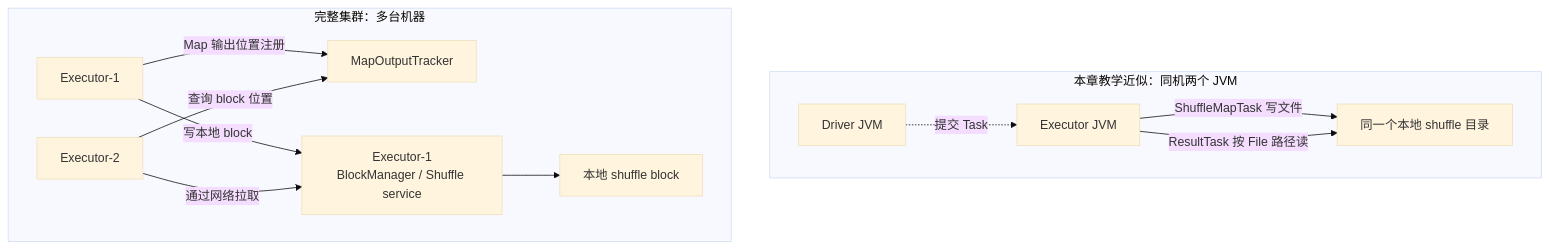
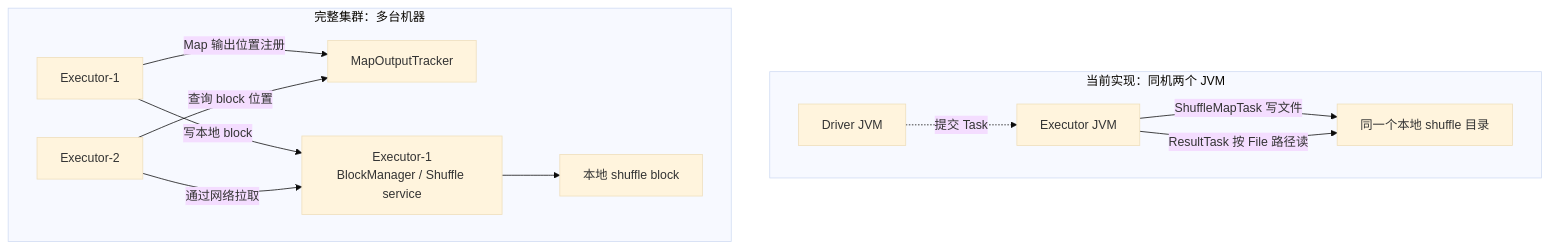
Before and after one commit to rchaocai/mini-spark: the ninth of 9 diagrams in content/docs/03-part3/ch09-network-rpc.md, drawn with Mermaid (base theme). The commit also changed other lines of this file, not shown here.

````diff
--- a/content/docs/03-part3/ch09-network-rpc.md
+++ b/content/docs/03-part3/ch09-network-rpc.md
@@ -823,24 +878,24 @@
 ```mermaid
 flowchart TB
-    subgraph T["本章教学近似：同机两个 JVM"]
+    subgraph T["当前实现：同机两个 JVM"]
         D1["Driver JVM"]
         W1["Executor JVM"]
         F1["同一个本地 shuffle 目录"]
         W1 -->|ShuffleMapTask 写文件| F1
         W1 -->|ResultTask 按 File 路径读| F1
         D1 -.提交 Task.-> W1
     end
 
     subgraph R["完整集群：多台机器"]
         E1["Executor-1"]
         E2["Executor-2"]
         M["MapOutputTracker"]
         S1["Executor-1<br/>BlockManager / Shuffle service"]
         B1["本地 shuffle block"]
         E1 -->|Map 输出位置注册| M
         E1 -->|写本地 block| S1
         S1 --> B1
         E2 -->|查询 block 位置| M
         E2 -->|通过网络拉取| S1
     end
 ```
````
